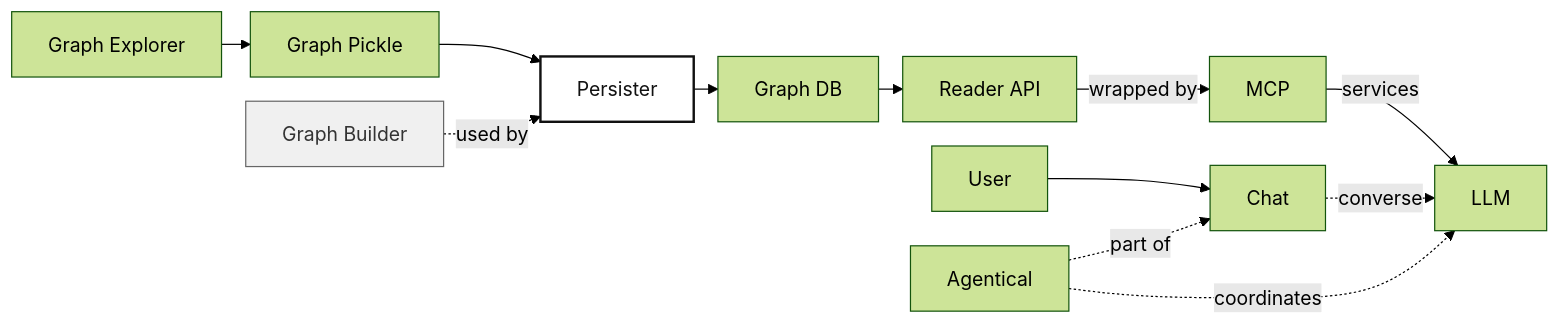
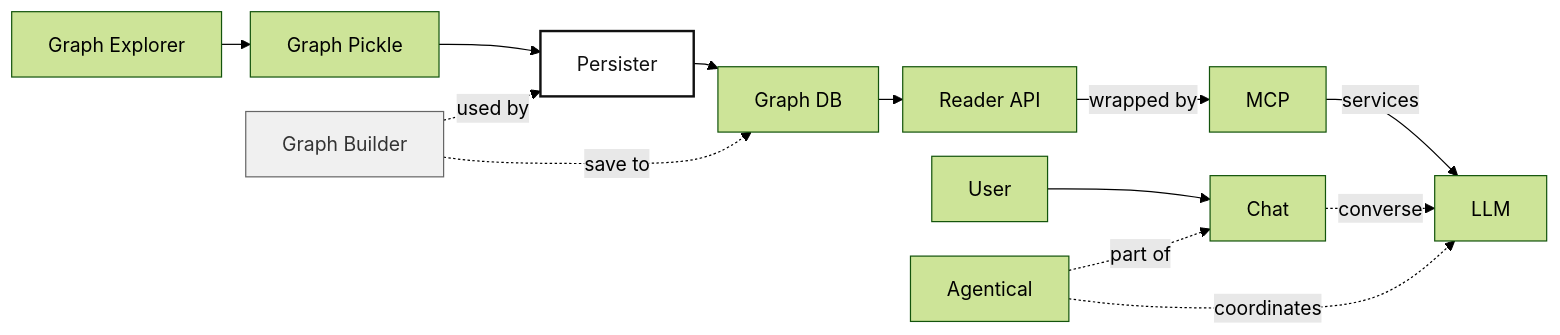
Before and after one commit to beanone/graph_persister: the diagram in README.md, drawn with Mermaid (forest theme).

````diff
--- a/README.md
+++ b/README.md
@@ -11,19 +11,20 @@
 ```mermaid
 %%{init: {'flowchart': {'nodeSpacing': 20, 'rankSpacing': 20}} }%%
 flowchart LR
     A[Graph Explorer] --> H[Graph Pickle]
     H --> B[Persister]
     B --> C[Graph DB]
     C --> D[Reader API]
     D -->|wrapped by| E[MCP]
     E -->|services| L[LLM]
 
     G[Graph Builder] -.->|used by| B
+    G -.->|save to| C
     User --> T[Chat]
     F[Agentical] -.->|part of| T
     T -.->|converse| L
     F -.->|coordinates| L    
 
     style B fill:#fff,stroke:#111,stroke-width:2px,color:#111
     style G fill:#f0f0f0,stroke:#666,stroke-width:1px,color:#333
 ```
````
